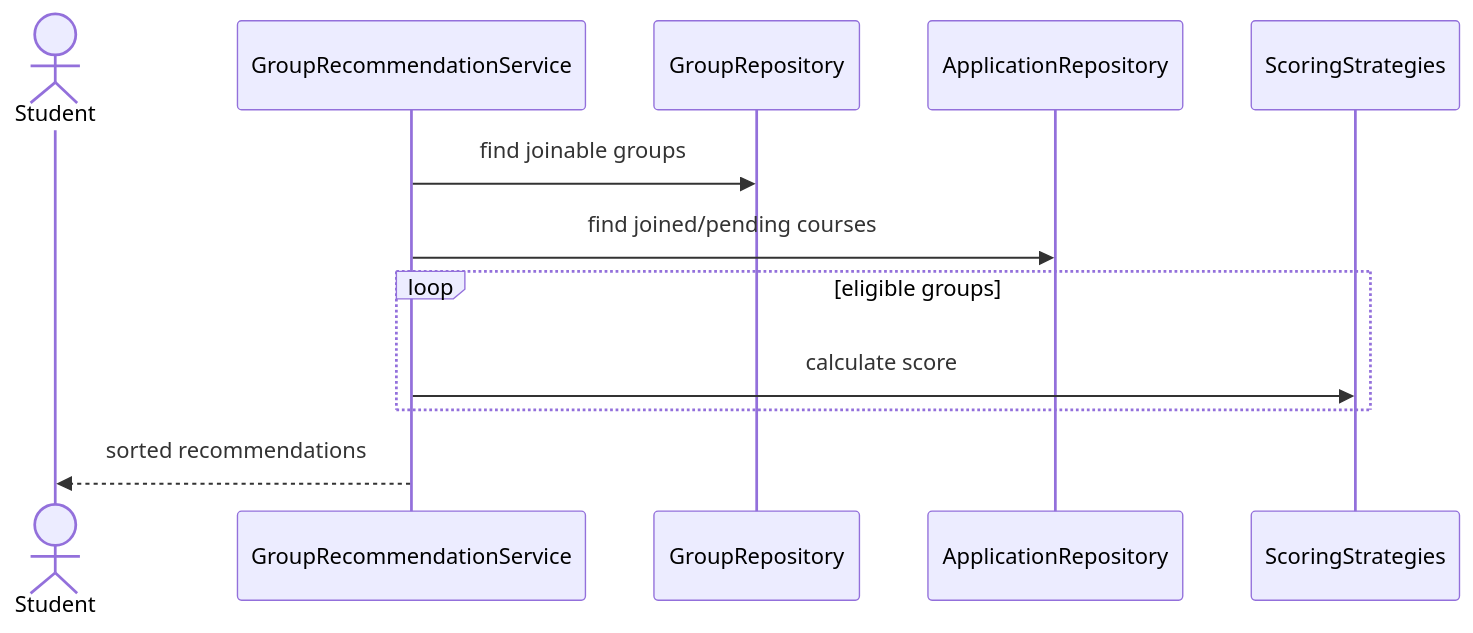
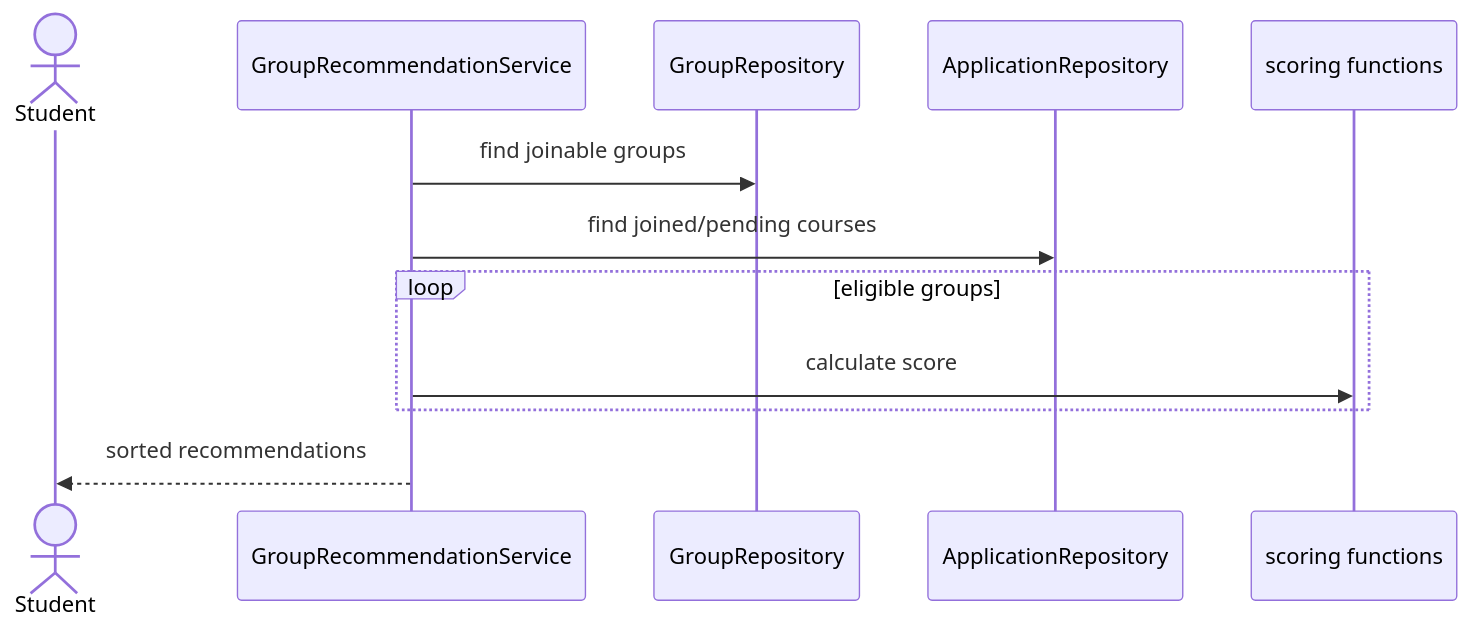
One commit to PhoebeLu1011/CourseReviewSystem changed the seventh of 11 diagrams in Readme.md. Above: the diagram before and after it, drawn with Mermaid. The commit also changed other lines of this file and 26 other files, not shown here.

````diff
--- a/Readme.md
+++ b/Readme.md
@@ -385,14 +411,14 @@
 ```mermaid
 sequenceDiagram
     actor Student
     participant Service as GroupRecommendationService
     participant Repo as GroupRepository
     participant AppRepo as ApplicationRepository
-    participant Strategy as ScoringStrategies
+    participant Scoring as scoring functions
     Service->>Repo: find joinable groups
     Service->>AppRepo: find joined/pending courses
     loop eligible groups
-        Service->>Strategy: calculate score
+        Service->>Scoring: calculate score
     end
     Service-->>Student: sorted recommendations
 ```
````
